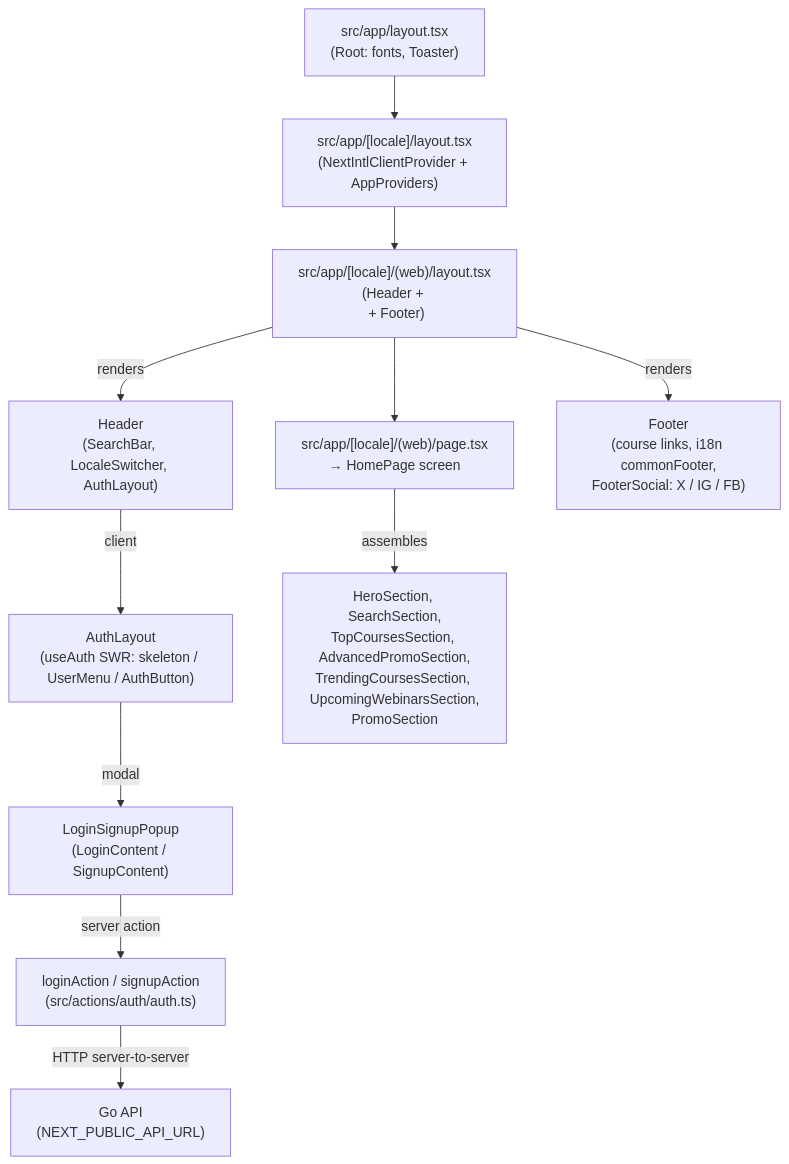
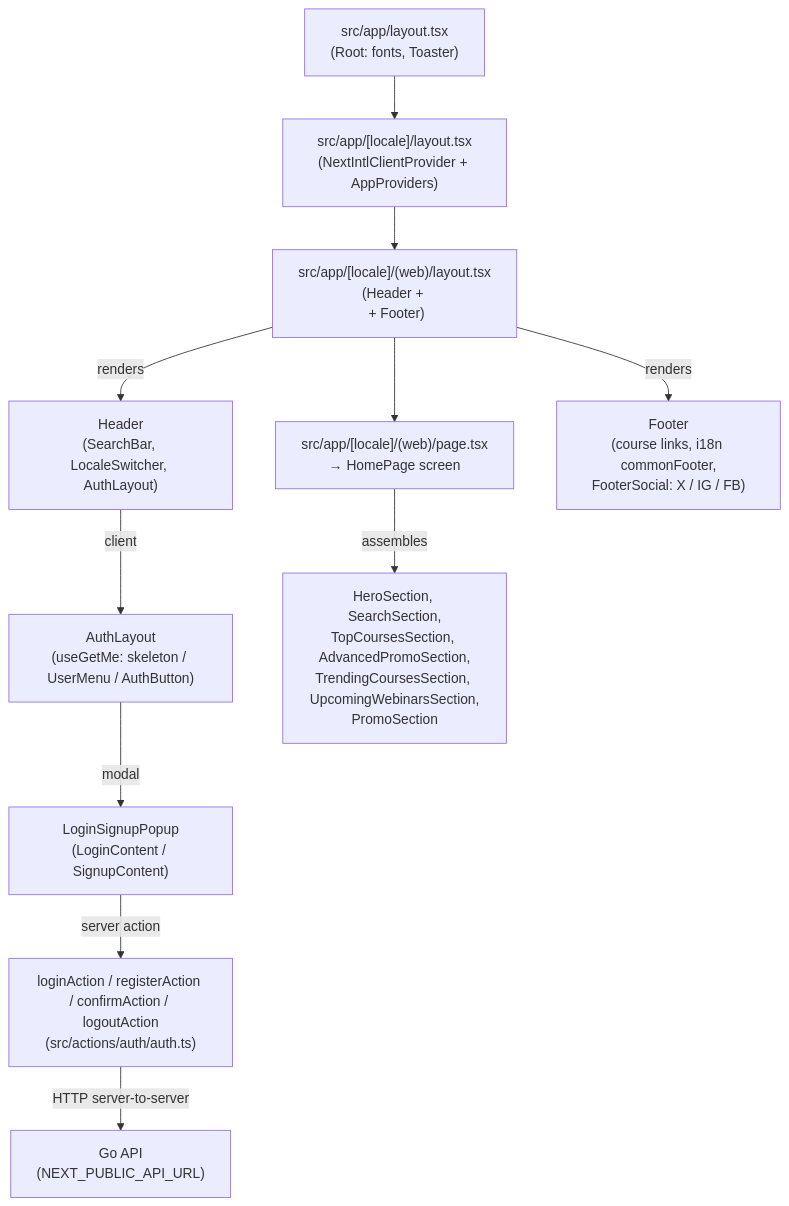
One commit to lkienkle11/fe-mycourse changed the diagram in docs/architecture.md. Above: the diagram before and after it, drawn with Mermaid. The commit also changed other lines of this file and 14 other files, not shown here.

Commit message:
docs: sync architecture, components, routing, and flow documentation

````diff
--- a/docs/architecture.md
+++ b/docs/architecture.md
@@ -66,18 +66,18 @@
 ```mermaid
 flowchart TB
   RL["src/app/layout.tsx\n(Root: fonts, Toaster)"]
   LL["src/app/[locale]/layout.tsx\n(NextIntlClientProvider + AppProviders)"]
   WL["src/app/[locale]/(web)/layout.tsx\n(Header + <main> + Footer)"]
   HP["src/app/[locale]/(web)/page.tsx\n→ HomePage screen"]
 
   RL --> LL --> WL --> HP
 
   WL -->|renders| Header["Header\n(SearchBar, LocaleSwitcher, AuthLayout)"]
   WL -->|renders| Footer["Footer\n(course links, i18n commonFooter,\nFooterSocial: X / IG / FB)"]
-  Header -->|client| AuthLayout["AuthLayout\n(useAuth SWR: skeleton / UserMenu / AuthButton)"]
+  Header -->|client| AuthLayout["AuthLayout\n(useGetMe: skeleton / UserMenu / AuthButton)"]
   AuthLayout -->|modal| LoginSignupPopup["LoginSignupPopup\n(LoginContent / SignupContent)"]
-  LoginSignupPopup -->|server action| SA["loginAction / signupAction\n(src/actions/auth/auth.ts)"]
+  LoginSignupPopup -->|server action| SA["loginAction / registerAction / confirmAction / logoutAction\n(src/actions/auth/auth.ts)"]
   SA -->|HTTP server-to-server| GoAPI["Go API\n(NEXT_PUBLIC_API_URL)"]
 
   HP -->|assembles| Sections["HeroSection, SearchSection,\nTopCoursesSection, AdvancedPromoSection,\nTrendingCoursesSection, UpcomingWebinarsSection,\nPromoSection"]
 ```
````
